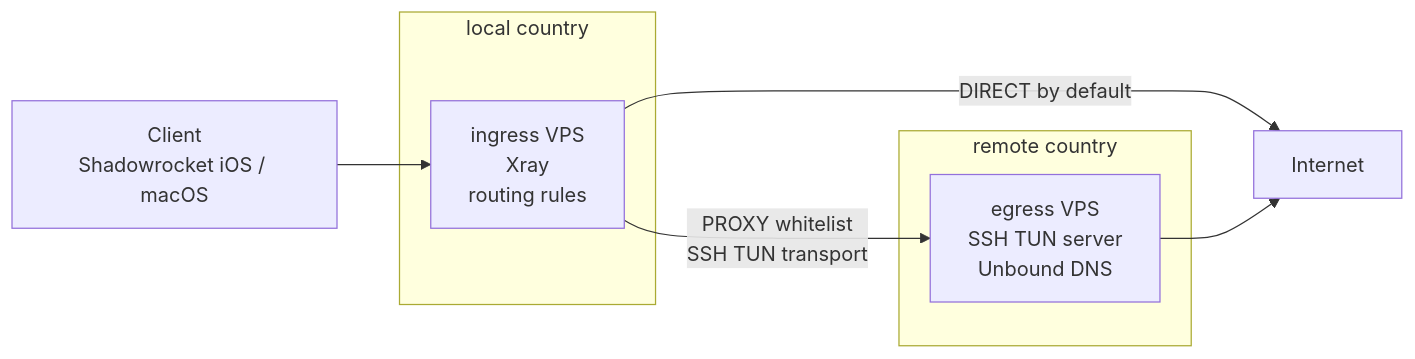
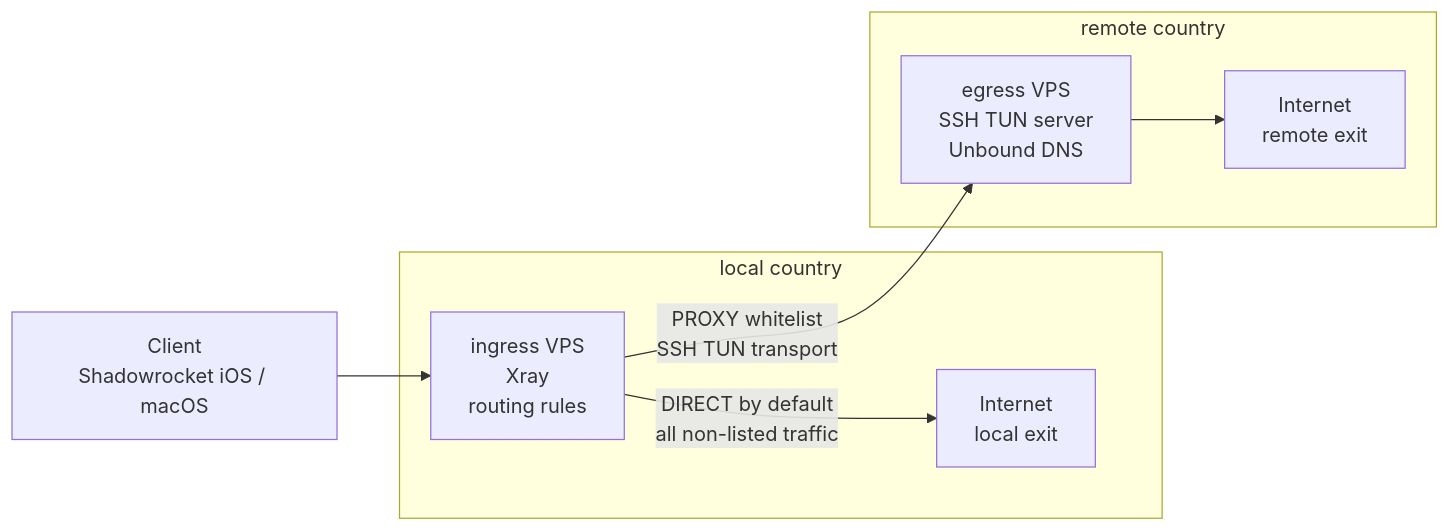
One commit to m0nokey/nitka changed the diagram in README.md. Above: the diagram before and after it, drawn with Mermaid. The commit also changed other lines of this file, not shown here.

Commit message:
Clarify split exit routing diagram

````diff
--- a/README.md
+++ b/README.md
@@ -9,19 +9,19 @@
 ```mermaid
 flowchart LR
     C[Client<br/>Shadowrocket iOS / macOS]
 
     subgraph L[local country]
         I[ingress VPS<br/>Xray<br/>routing rules]
+        LN[Internet<br/>local exit]
     end
 
     subgraph R[remote country]
         E[egress VPS<br/>SSH TUN server<br/>Unbound DNS]
+        RN[Internet<br/>remote exit]
     end
 
-    N[Internet]
-
     C --> I
-    I -->|DIRECT by default| N
+    I -->|DIRECT by default<br/>all non-listed traffic| LN
     I -->|PROXY whitelist<br/>SSH TUN transport| E
-    E --> N
+    E --> RN
 ```
````
